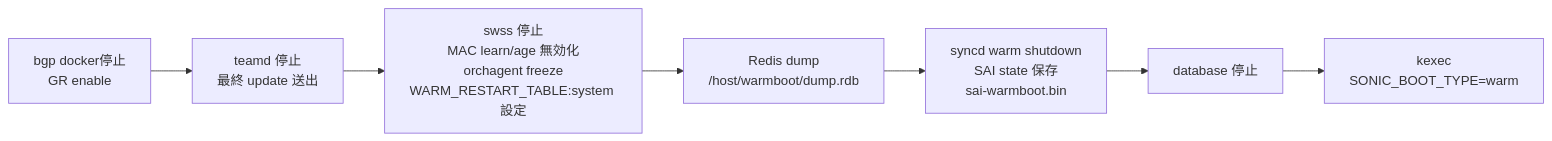
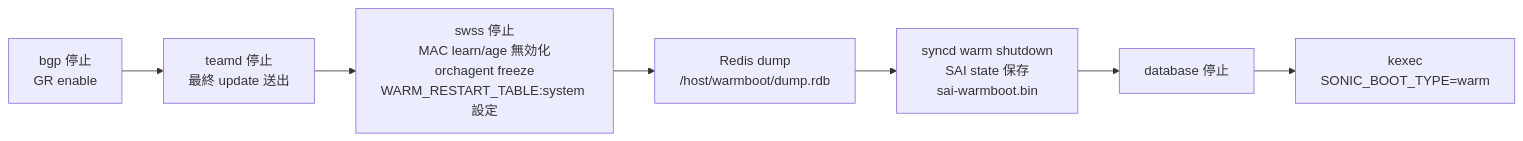
The first of 2 diagrams in docs/system/system-wide-warmboot.md (aoki-taquan/sonic-unofficial-docs), drawn with Mermaid before and after one commit. The commit also changed other lines of this file and 4 other files, not shown here.

````diff
--- a/docs/system/system-wide-warmboot.md
+++ b/docs/system/system-wide-warmboot.md
@@ -38,9 +44,9 @@
 ```mermaid
 flowchart LR
-    BGP[bgp docker停止\nGR enable] --> TEAM[teamd 停止\n最終 update 送出]
+    BGP[bgp 停止\nGR enable] --> TEAM[teamd 停止\n最終 update 送出]
     TEAM --> SWSS[swss 停止\nMAC learn/age 無効化\norchagent freeze\nWARM_RESTART_TABLE:system 設定]
     SWSS --> DUMP[Redis dump\n/host/warmboot/dump.rdb]
     DUMP --> SYNCD[syncd warm shutdown\nSAI state 保存\nsai-warmboot.bin]
     SYNCD --> DB[database 停止]
     DB --> KEXEC[kexec\nSONIC_BOOT_TYPE=warm]
 ```
````
